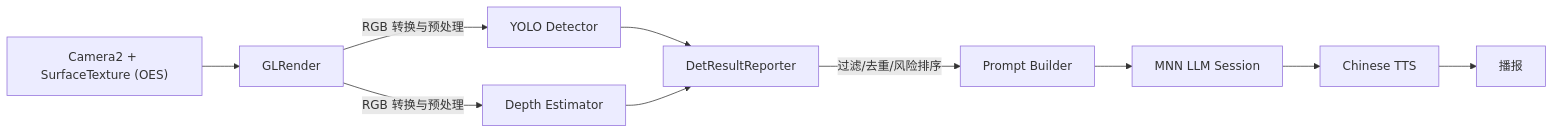
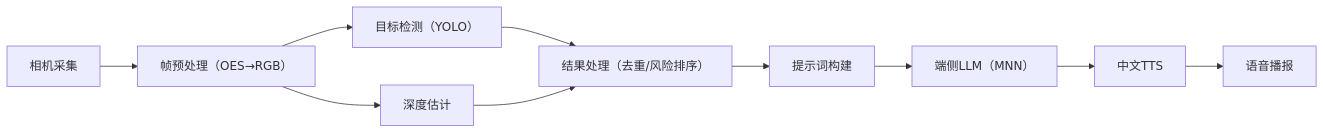
The diagram in README.md (noobccgg/wukonbanxing_app), drawn with Mermaid before and after one commit. The commit also changed other lines of this file, not shown here.

````diff
--- a/README.md
+++ b/README.md
@@ -41,12 +54,11 @@
 ```mermaid
 graph LR
-  Camera["Camera2 + SurfaceTexture (OES)"] --> GL["GLRender"]
-  GL -- "RGB 转换与预处理" --> YOLO["YOLO Detector"]
-  GL -- "RGB 转换与预处理" --> DEPTH["Depth Estimator"]
-  YOLO --> RPT["DetResultReporter"]
-  DEPTH --> RPT
-  RPT -- "过滤/去重/风险排序" --> PROMPT["Prompt Builder"]
-  PROMPT --> LLM["MNN LLM Session"]
-  LLM --> TTS["Chinese TTS"]
-  TTS --> Voice["播报"]
+  Camera["相机采集"] --> GL["帧预处理（OES→RGB）"]
+  GL --> YOLO["目标检测（YOLO）"]
+  GL --> DEPTH["深度估计"]
+  YOLO & DEPTH --> RPT["结果处理（去重/风险排序）"]
+  RPT --> PROMPT["提示词构建"]
+  PROMPT --> LLM["端侧LLM（MNN）"]
+  LLM --> TTS["中文TTS"]
+  TTS --> Voice["语音播报"]
 ```
````
